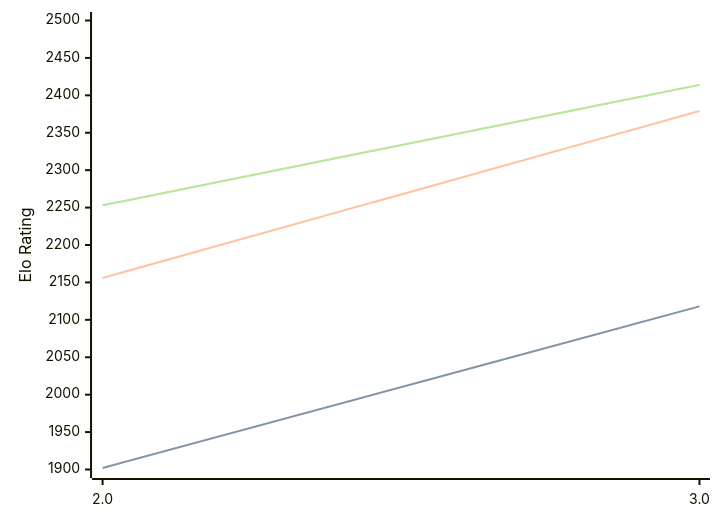
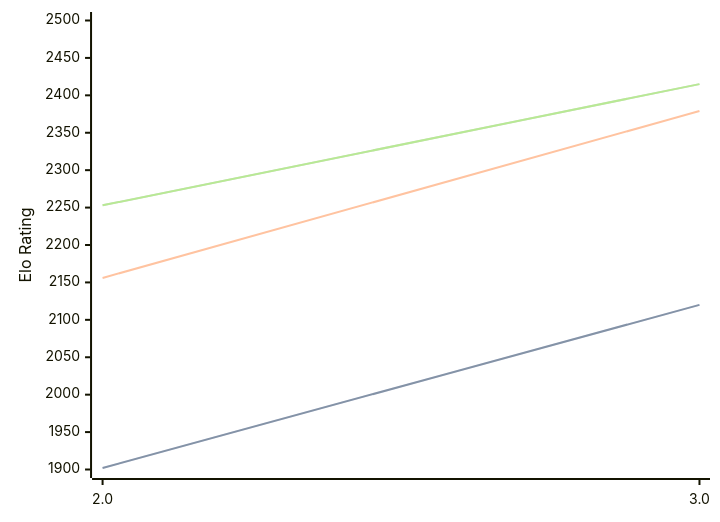
One commit to computer-chess-index/cci changed the diagram in engines/Zeno.md. Above: the diagram before and after it, drawn with Mermaid. The commit also changed other lines of this file, not shown here.

Commit message:
Update CCI Ratings (ELO VLTC) - 2026-09-08

````diff
--- a/engines/Zeno.md
+++ b/engines/Zeno.md
@@ -32,11 +32,11 @@
 ```mermaid
 %%{init: {"theme":"base","themeVariables":{"seriesColors:['#a3a3a3','#222221','#faa371']}}}%%
 xychart-beta
   x-axis ["2.0", "3.0"]
   y-axis "Elo Rating" 1900 --> 2500
-  line "" [1902, 2118]
-  line "STC (8.0+0.08s)" [1902, 2118]
+  line "" [1902, 2120]
+  line "STC (8.0+0.08s)" [1902, 2120]
   line "LTC (60.0+0.60s)" [2156, 2379]
-  line "" [2253, 2414]
-  line "VLTC (2m24s+1.12s)" [2253, 2414]
+  line "" [2253, 2415]
+  line "VLTC (2m24s+1.12s)" [2253, 2415]
 ```
````
